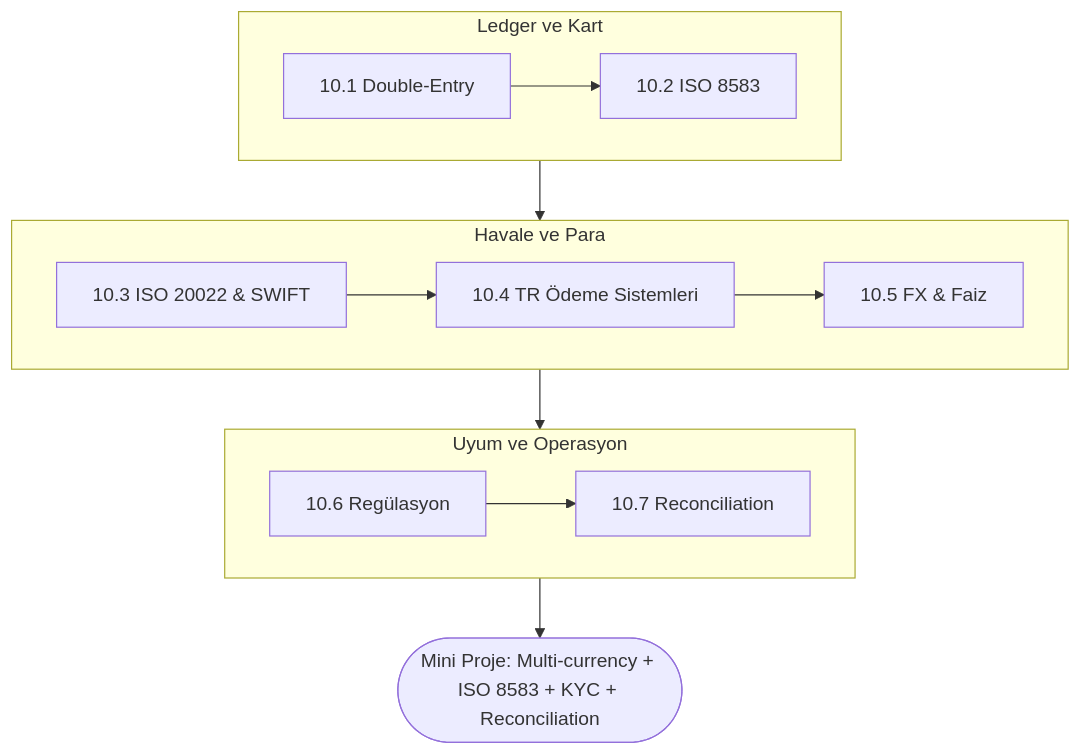
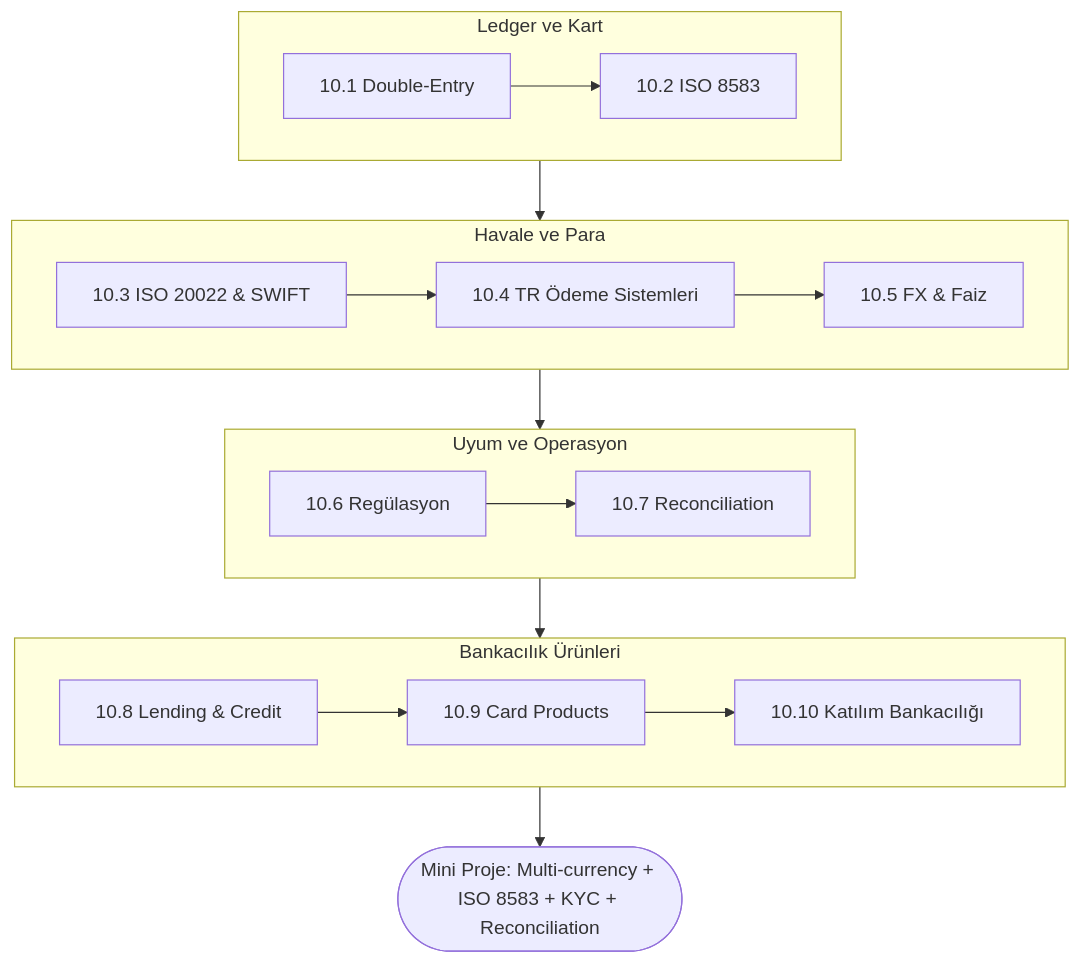
One commit to adraarda23/banking-learning changed the diagram in 10-domain/README.md. Above: the diagram before and after it, drawn with Mermaid. The commit also changed other lines of this file and 4 other files, not shown here.

First line of the commit message:
Faz 10'a 3 yeni domain topic: Lending, Card Products, Katılım Bankacılığı

````diff
--- a/10-domain/README.md
+++ b/10-domain/README.md
@@ -21,16 +21,20 @@
 ```mermaid
 flowchart TD
     subgraph Defter["Ledger ve Kart"]
         direction LR
         A["10.1 Double-Entry"] --> B["10.2 ISO 8583"]
     end
     subgraph Odeme["Havale ve Para"]
         direction LR
         C["10.3 ISO 20022 & SWIFT"] --> D["10.4 TR Ödeme Sistemleri"] --> E["10.5 FX & Faiz"]
     end
     subgraph Uyum["Uyum ve Operasyon"]
         direction LR
         F["10.6 Regülasyon"] --> G["10.7 Reconciliation"]
     end
-    Defter --> Odeme --> Uyum --> MP(["Mini Proje: Multi-currency + ISO 8583 + KYC + Reconciliation"])
+    subgraph Urun["Bankacılık Ürünleri"]
+        direction LR
+        H["10.8 Lending & Credit"] --> I["10.9 Card Products"] --> J["10.10 Katılım Bankacılığı"]
+    end
+    Defter --> Odeme --> Uyum --> Urun --> MP(["Mini Proje: Multi-currency + ISO 8583 + KYC + Reconciliation"])
 ```
````
